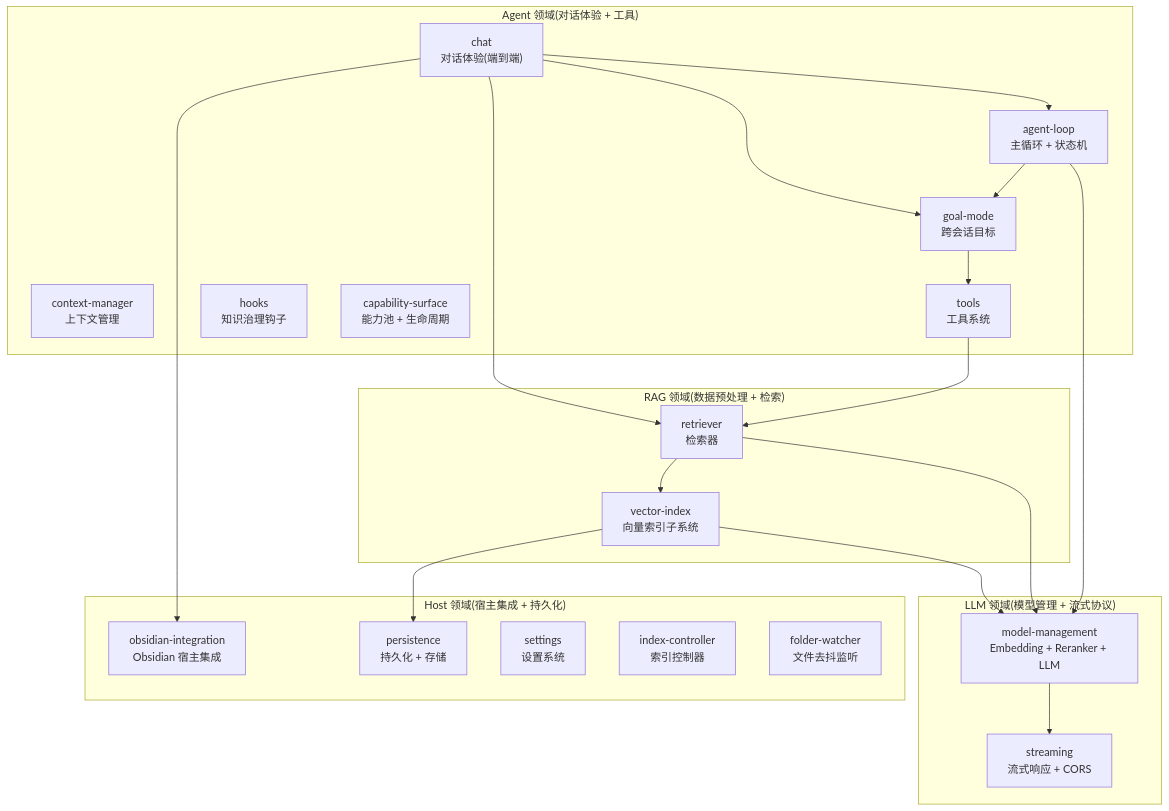
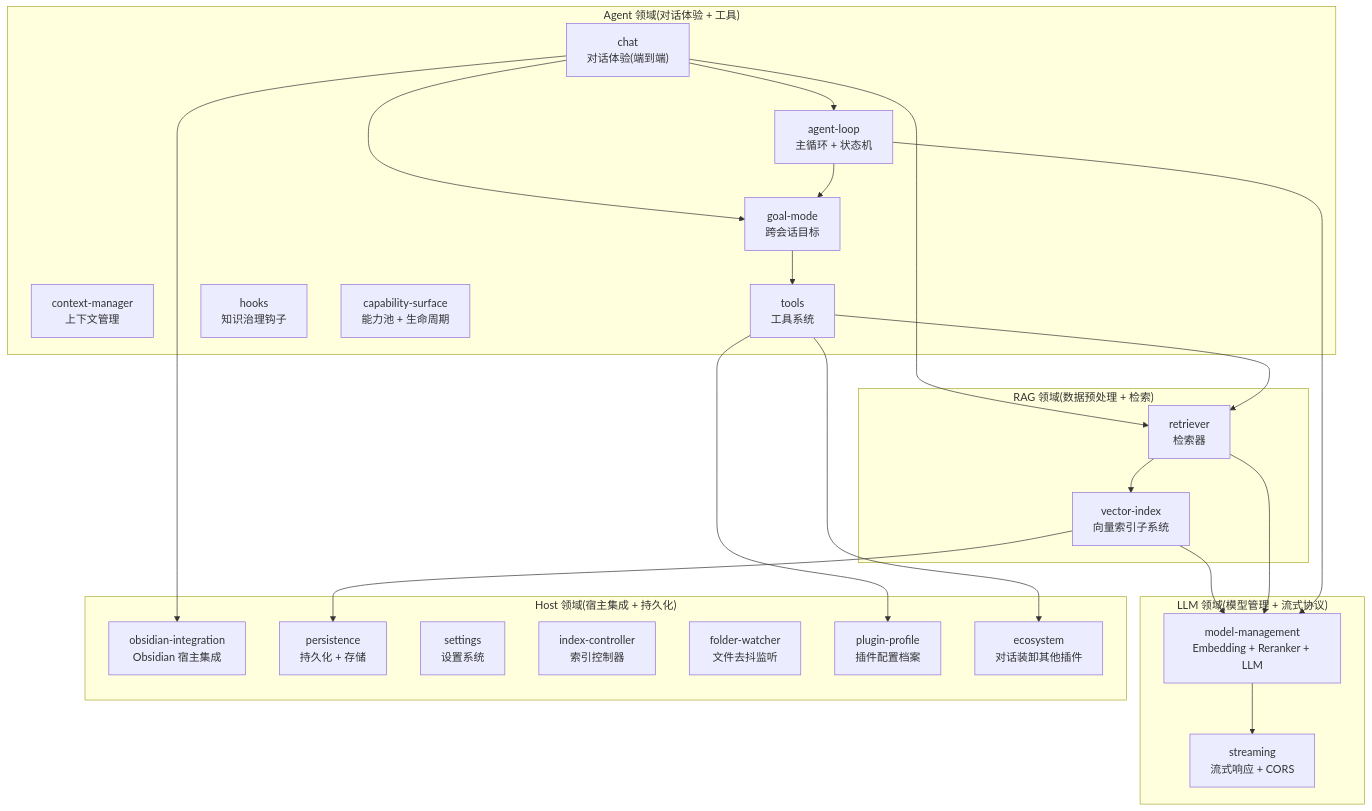
One commit to golddream-y/obsidian-ratel changed the sixth of 10 diagrams in docs/architecture/overview.md. Above: the diagram before and after it, drawn with Mermaid. The commit also changed other lines of this file and 22 other files, not shown here.

````diff
--- a/docs/architecture/overview.md
+++ b/docs/architecture/overview.md
@@ -184,44 +184,48 @@
 ```mermaid
 graph TB
     subgraph "RAG 领域(数据预处理 + 检索)"
         R1["vector-index<br/>向量索引子系统"]
         R2["retriever<br/>检索器"]
     end
 
     subgraph "Agent 领域(对话体验 + 工具)"
         A0["chat<br/>对话体验(端到端)"]
         A1["agent-loop<br/>主循环 + 状态机"]
         A2["context-manager<br/>上下文管理"]
         A3["tools<br/>工具系统"]
         A4["hooks<br/>知识治理钩子"]
         A5["capability-surface<br/>能力池 + 生命周期"]
         A6["goal-mode<br/>跨会话目标"]
     end
 
     subgraph "LLM 领域(模型管理 + 流式协议)"
         L1["model-management<br/>Embedding + Reranker + LLM"]
         L2["streaming<br/>流式响应 + CORS"]
     end
 
     subgraph "Host 领域(宿主集成 + 持久化)"
         H1["obsidian-integration<br/>Obsidian 宿主集成"]
         H2["persistence<br/>持久化 + 存储"]
         H3["settings<br/>设置系统"]
         H4["index-controller<br/>索引控制器"]
         H5["folder-watcher<br/>文件去抖监听"]
+        H6["plugin-profile<br/>插件配置档案"]
+        H7["ecosystem<br/>对话装卸其他插件"]
     end
 
     R2 --> R1
     R1 --> L1
     R2 --> L1
     A0 --> A1
     A0 --> R2
     A0 --> A6
     A1 --> L1
     A1 --> A6
     A3 --> R2
     A6 --> A3
+    A3 --> H6
+    A3 --> H7
     L1 --> L2
     A0 --> H1
     R1 --> H2
 ```
````
